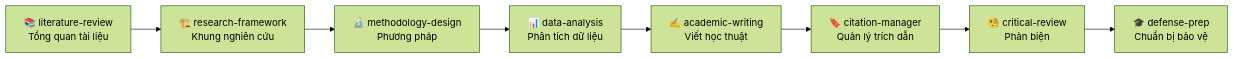
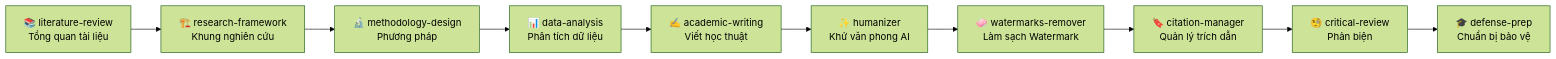
Before and after one commit to cesglobal-vn/ai-agent-for-research-hocvien: the diagram in README.md, drawn with Mermaid (forest theme). The commit also changed other lines of this file and 20 other files, not shown here.

````diff
--- a/README.md
+++ b/README.md
@@ -71,10 +74,12 @@
 ```mermaid
 flowchart LR
     LR["📚 literature-review<br/>Tổng quan tài liệu"] --> RF["🏗️ research-framework<br/>Khung nghiên cứu"]
     RF --> MD["🔬 methodology-design<br/>Phương pháp"]
     MD --> DA["📊 data-analysis<br/>Phân tích dữ liệu"]
     DA --> AW["✍️ academic-writing<br/>Viết học thuật"]
-    AW --> CM["🔖 citation-manager<br/>Quản lý trích dẫn"]
+    AW --> HZ["✨ humanizer<br/>Khử văn phong AI"]
+    HZ --> WR["🧼 watermarks-remover<br/>Làm sạch Watermark"]
+    WR --> CM["🔖 citation-manager<br/>Quản lý trích dẫn"]
     CM --> CR["🧐 critical-review<br/>Phản biện"]
     CR --> DP["🎓 defense-prep<br/>Chuẩn bị bảo vệ"]
 ```
````
